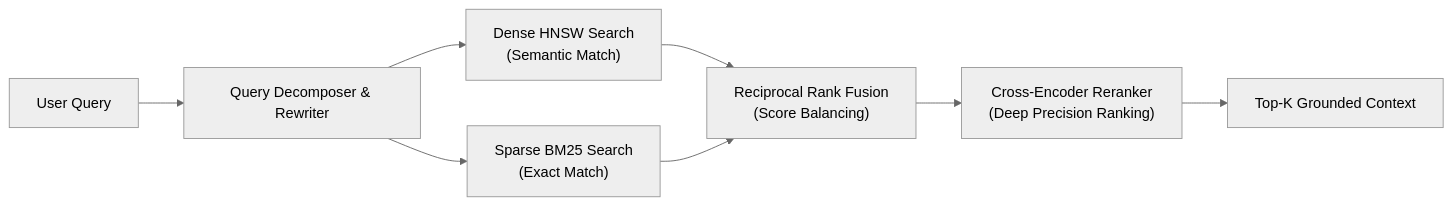
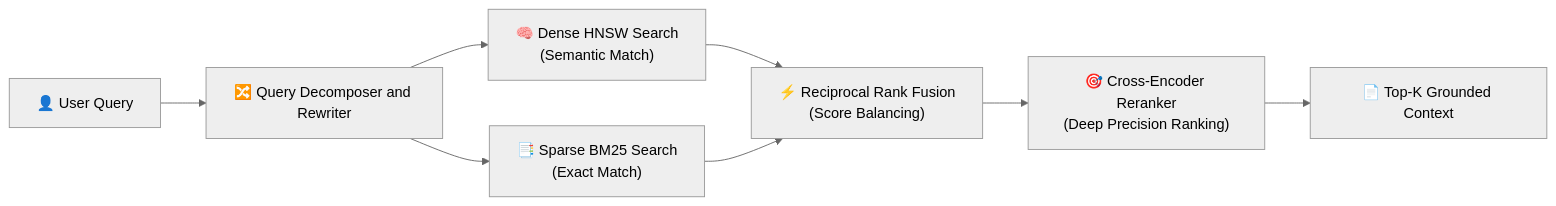
Before and after one commit to dip4k/senior-engineer-to-ai-engineer-roadmap: the eighth of 11 diagrams in ai-platform-and-agent-infrastructure-roadmap.md, drawn with Mermaid (neutral theme). The commit also changed other lines of this file and 94 other files, not shown here.

Commit message:
refactor(curriculum): complete Phase 04 upgrade and enforce diagram renderer invariants

````diff
--- a/ai-platform-and-agent-infrastructure-roadmap.md
+++ b/ai-platform-and-agent-infrastructure-roadmap.md
@@ -351,12 +349,12 @@
 ```mermaid
 flowchart LR
-    Query["User Query"] --> Transform["Query Decomposer & Rewriter"]
-    Transform --> Dense["Dense HNSW Search<br>(Semantic Match)"]
-    Transform --> Sparse["Sparse BM25 Search<br>(Exact Match)"]
+    Query["👤 User Query"] --> Transform["🔀 Query Decomposer and Rewriter"]
+    Transform --> Dense["🧠 Dense HNSW Search<br>(Semantic Match)"]
+    Transform --> Sparse["📑 Sparse BM25 Search<br>(Exact Match)"]
     
-    Dense --> RRF["Reciprocal Rank Fusion<br>(Score Balancing)"]
+    Dense --> RRF["⚡ Reciprocal Rank Fusion<br>(Score Balancing)"]
     Sparse --> RRF
     
-    RRF --> CrossEncoder["Cross-Encoder Reranker<br>(Deep Precision Ranking)"]
-    CrossEncoder --> TopK["Top-K Grounded Context"]
+    RRF --> CrossEncoder["🎯 Cross-Encoder Reranker<br>(Deep Precision Ranking)"]
+    CrossEncoder --> TopK["📄 Top-K Grounded Context"]
 ```
````
